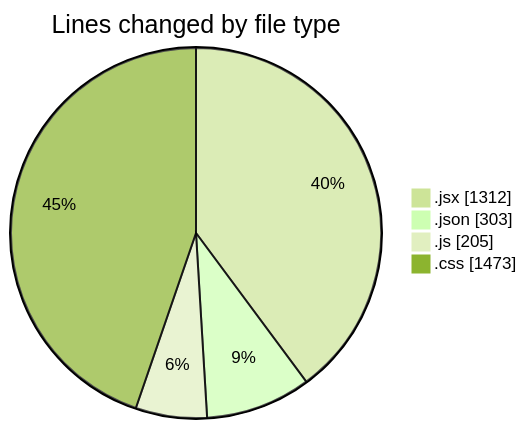
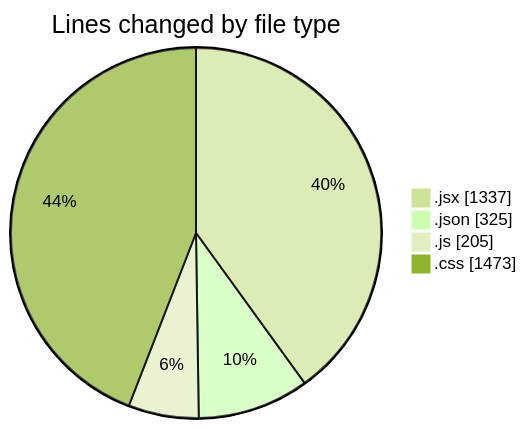
Before and after one commit to BS-eng2023/code-tracking: the first of 2 diagrams in 2025-05-04/project/README.md, drawn with Mermaid (forest theme). The commit also changed other lines of this file and 1 other file, not shown here.

````diff
--- a/2025-05-04/project/README.md
+++ b/2025-05-04/project/README.md
@@ -39,8 +39,8 @@
 ```mermaid
 pie showData
 title Lines changed by file type
-".jsx" : 1312
-".json" : 303
+".jsx" : 1337
+".json" : 325
 ".js" : 205
 ".css" : 1473
 ```
````
